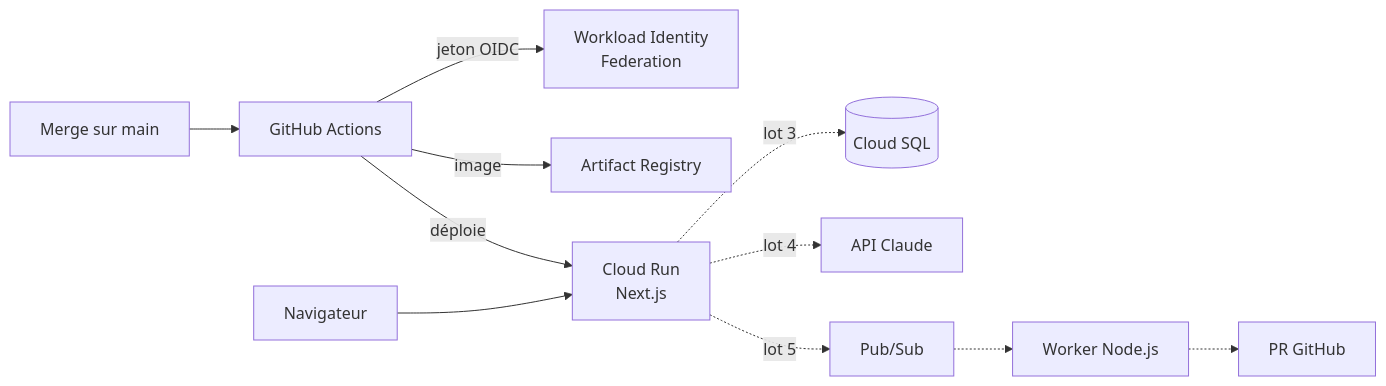
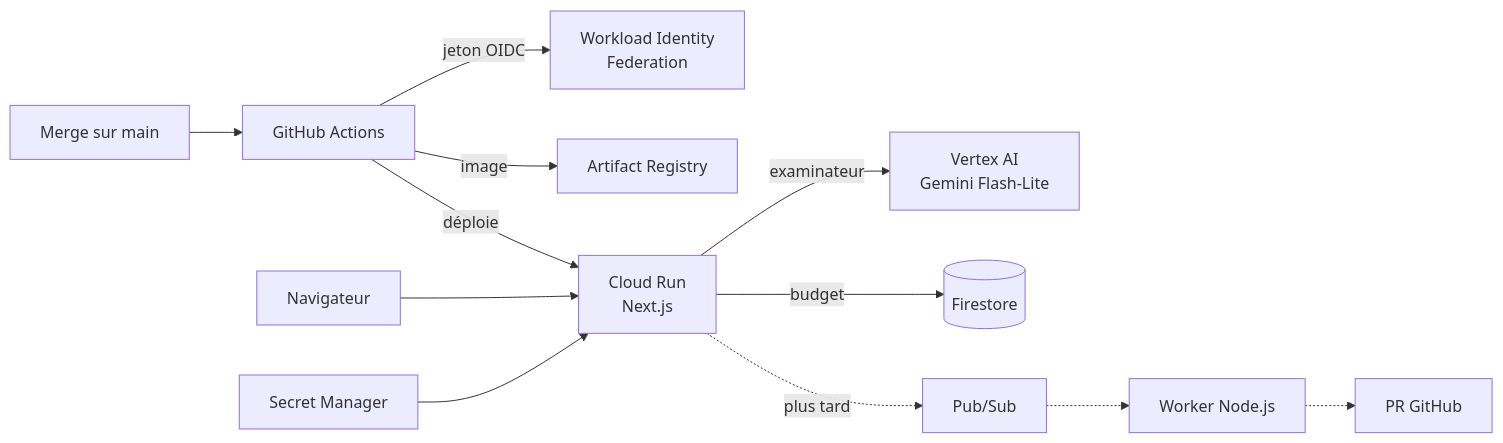
Before and after one commit to fgeronimi/mind-kata: the second of 2 diagrams in README.md, drawn with Mermaid. The commit also changed other lines of this file and 10 other files, not shown here.

````diff
--- a/README.md
+++ b/README.md
@@ -45,11 +45,12 @@
 ```mermaid
 graph LR
   dev[Merge sur main] --> gha[GitHub Actions]
   gha -- jeton OIDC --> wif[Workload Identity<br/>Federation]
   gha -- image --> ar[Artifact Registry]
   gha -- déploie --> run[Cloud Run<br/>Next.js]
   user[Navigateur] --> run
-  run -. lot 3 .-> sql[(Cloud SQL)]
-  run -. lot 4 .-> claude[API Claude]
-  run -. lot 5 .-> ps[Pub/Sub] -.-> worker[Worker Node.js] -.-> gh[PR GitHub]
+  run -- examinateur --> vertex[Vertex AI<br/>Gemini Flash-Lite]
+  run -- budget --> fs[(Firestore)]
+  sm[Secret Manager] --> run
+  run -. plus tard .-> ps[Pub/Sub] -.-> worker[Worker Node.js] -.-> gh[PR GitHub]
 ```
````
